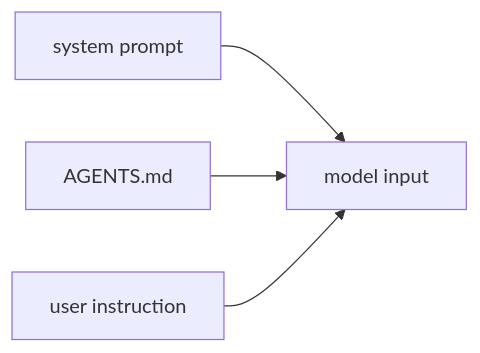
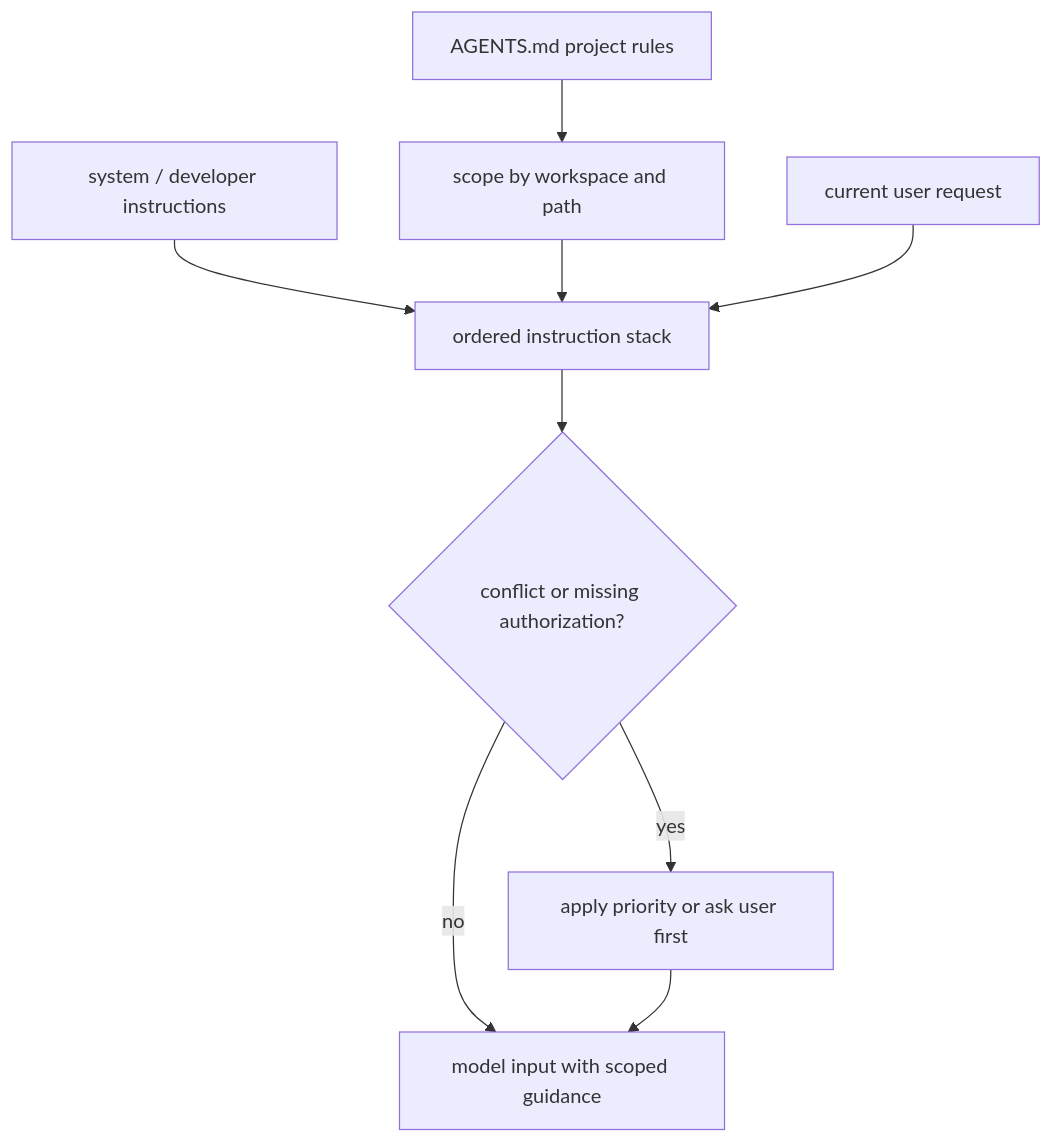
The diagram in chapters/s06_prompts_instructions/diagram.mmd (shihao-zhang/learn-codex), drawn with Mermaid before and after one commit. The commit also changed other lines of this file and 43 other files, not shown here.

```diff
--- a/chapters/s06_prompts_instructions/diagram.mmd
+++ b/chapters/s06_prompts_instructions/diagram.mmd
@@ -1,4 +1,9 @@
-flowchart LR
-    A["system prompt"] --> D["model input"]
-    B["AGENTS.md"] --> D
-    C["user instruction"] --> D
+flowchart TD
+    A["system / developer instructions"] --> D["ordered instruction stack"]
+    B["AGENTS.md project rules"] --> C["scope by workspace and path"]
+    C --> D
+    E["current user request"] --> D
+    D --> F{"conflict or missing authorization?"}
+    F -->|no| G["model input with scoped guidance"]
+    F -->|yes| H["apply priority or ask user first"]
+    H --> G
```
